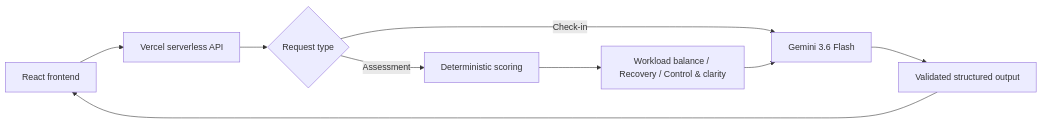
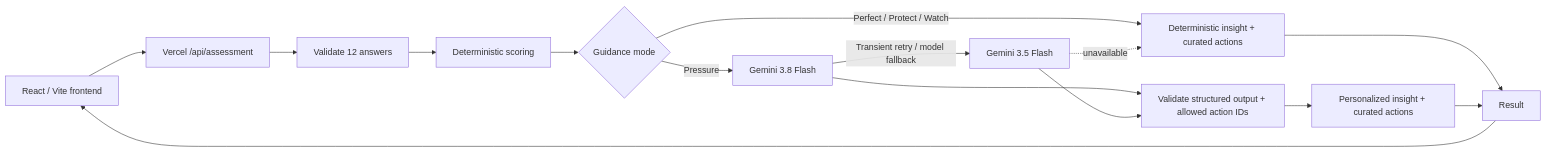
The diagram in README.md (KonstantinKulbida/Resilience-ai), drawn with Mermaid before and after one commit. The commit also changed other lines of this file, not shown here.

Commit message:
docs: refresh README architecture and scope

````diff
--- a/README.md
+++ b/README.md
@@ -54,11 +101,21 @@
-```mermaid
+~~~mermaid
 flowchart LR
-    A[React frontend] --> B[Vercel serverless API]
-    B --> C{Request type}
-    C -->|Check-in| D[Gemini 3.6 Flash]
-    C -->|Assessment| E[Deterministic scoring]
-    E --> F[Workload balance / Recovery / Control & clarity]
-    F --> D
-    D --> G[Validated structured output]
-    G --> A
-```
+    A[React / Vite frontend] --> B[Vercel /api/assessment]
+    B --> C[Validate 12 answers]
+    C --> D[Deterministic scoring]
+    D --> E{Guidance mode}
+
+    E -->|Perfect / Protect / Watch| F[Deterministic insight + curated actions]
+    E -->|Pressure| G[Gemini 3.8 Flash]
+
+    G -->|Transient retry / model fallback| H[Gemini 3.5 Flash]
+    G --> I[Validate structured output + allowed action IDs]
+    H --> I
+
+    H -. unavailable .-> F
+    I --> J[Personalized insight + curated actions]
+
+    F --> K[Result]
+    J --> K
+    K --> A
+~~~
````
